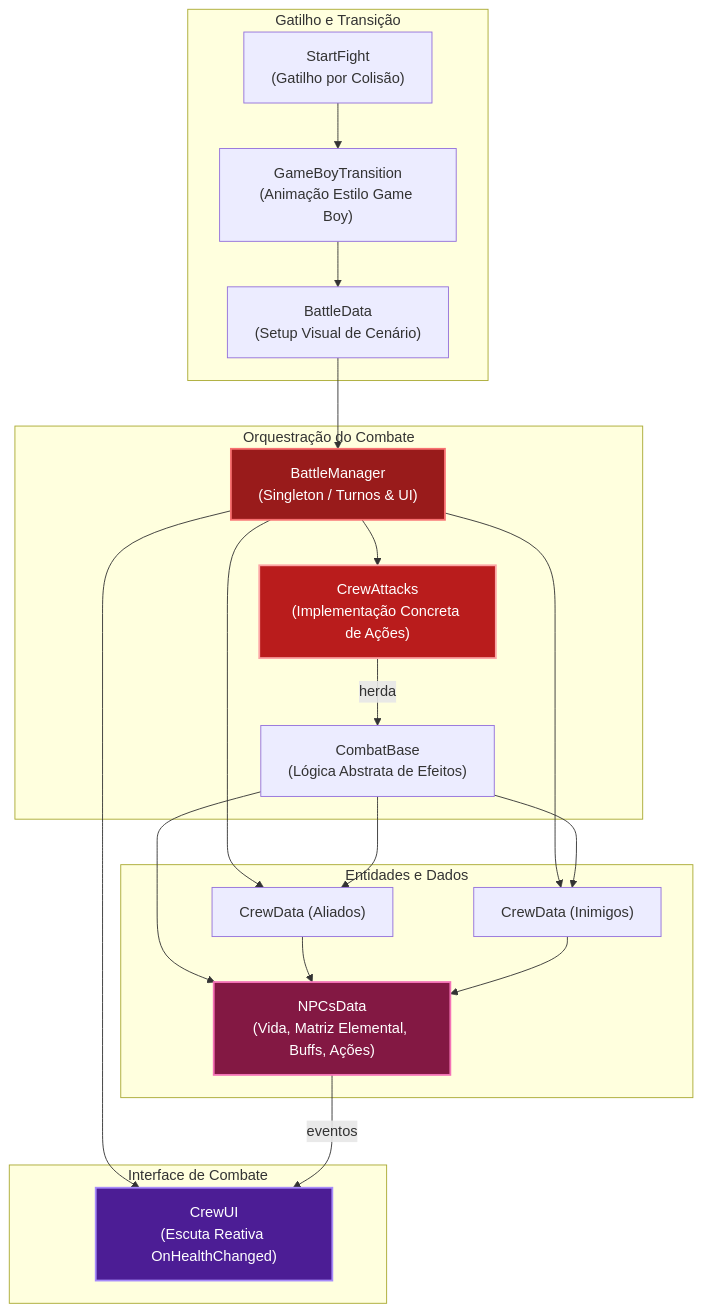
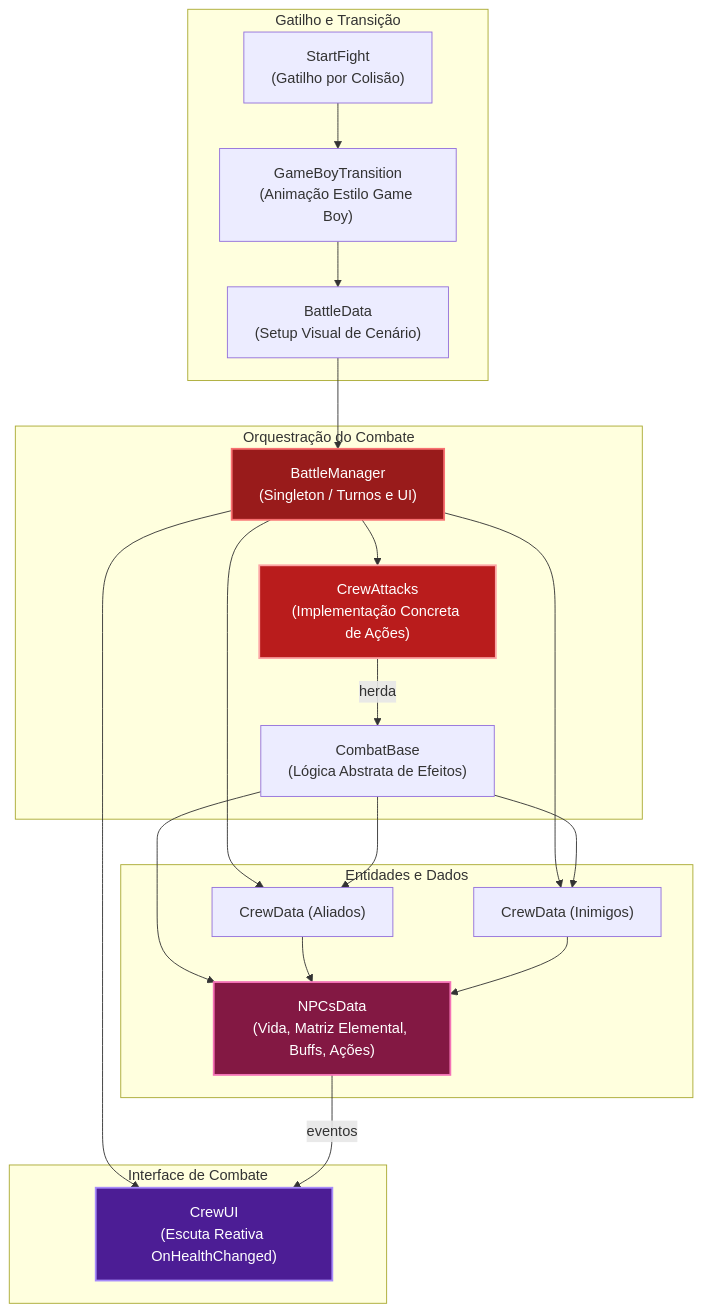
One commit to wasd-ufs/Aegir changed the fourth of 8 diagrams in Assets/Project/Scripts/ARCHITECTURE.md. Above: the diagram before and after it, drawn with Mermaid. The commit also changed other lines of this file, not shown here.

Commit message:
docs(architecture): corrigir sintaxe dos diagramas Mermaid para compatibilidade com GitHub

````diff
--- a/Assets/Project/Scripts/ARCHITECTURE.md
+++ b/Assets/Project/Scripts/ARCHITECTURE.md
@@ -158,47 +159,47 @@
 ```mermaid
 graph TD
-    subgraph Gatilho e Transição
+    subgraph Subgraph_Trigger ["Gatilho e Transição"]
         SF["StartFight<br/>(Gatilho por Colisão)"]
         GBT["GameBoyTransition<br/>(Animação Estilo Game Boy)"]
         BD["BattleData<br/>(Setup Visual de Cenário)"]
     end
 
-    subgraph Orquestração do Combate
-        BM["BattleManager<br/>(Singleton / Turnos & UI)"]
+    subgraph Subgraph_CombatCore ["Orquestração do Combate"]
+        BM["BattleManager<br/>(Singleton / Turnos e UI)"]
         CB["CombatBase<br/>(Lógica Abstrata de Efeitos)"]
         CA["CrewAttacks<br/>(Implementação Concreta de Ações)"]
     end
 
-    subgraph Entidades e Dados
+    subgraph Subgraph_Entities ["Entidades e Dados"]
         CD_Ally["CrewData (Aliados)"]
         CD_Enemy["CrewData (Inimigos)"]
         NPC["NPCsData<br/>(Vida, Matriz Elemental, Buffs, Ações)"]
     end
 
-    subgraph Interface de Combate
+    subgraph Subgraph_UI ["Interface de Combate"]
         CUI["CrewUI<br/>(Escuta Reativa OnHealthChanged)"]
     end
 
     SF --> GBT
     GBT --> BD
     BD --> BM
 
     BM --> CA
     BM --> CD_Ally
     BM --> CD_Enemy
     BM --> CUI
 
-    CA -- herda --> CB
+    CA -->|herda| CB
     CB --> CD_Ally
     CB --> CD_Enemy
     CB --> NPC
 
     CD_Ally --> NPC
     CD_Enemy --> NPC
-    NPC -- eventos --> CUI
+    NPC -->|eventos| CUI
 
     style BM fill:#991b1b,stroke:#f87171,stroke-width:2px,color:#fff
     style CA fill:#b91c1c,stroke:#fca5a5,stroke-width:2px,color:#fff
     style NPC fill:#831843,stroke:#f472b6,stroke-width:2px,color:#fff
     style CUI fill:#4c1d95,stroke:#a78bfa,stroke-width:2px,color:#fff
 ```
````
